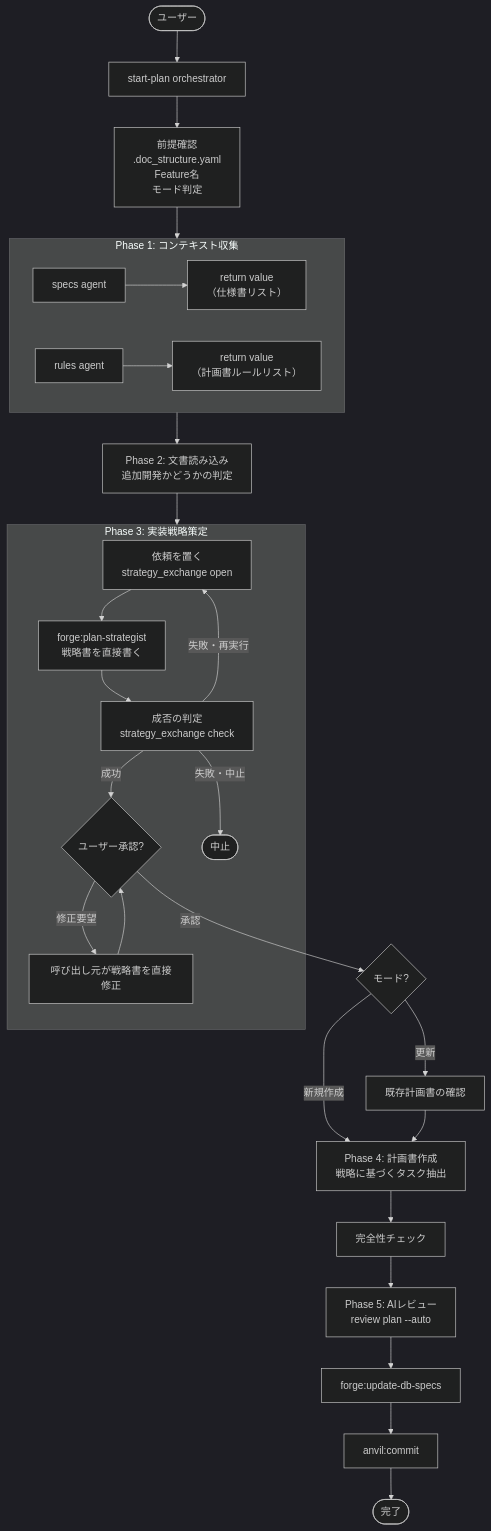
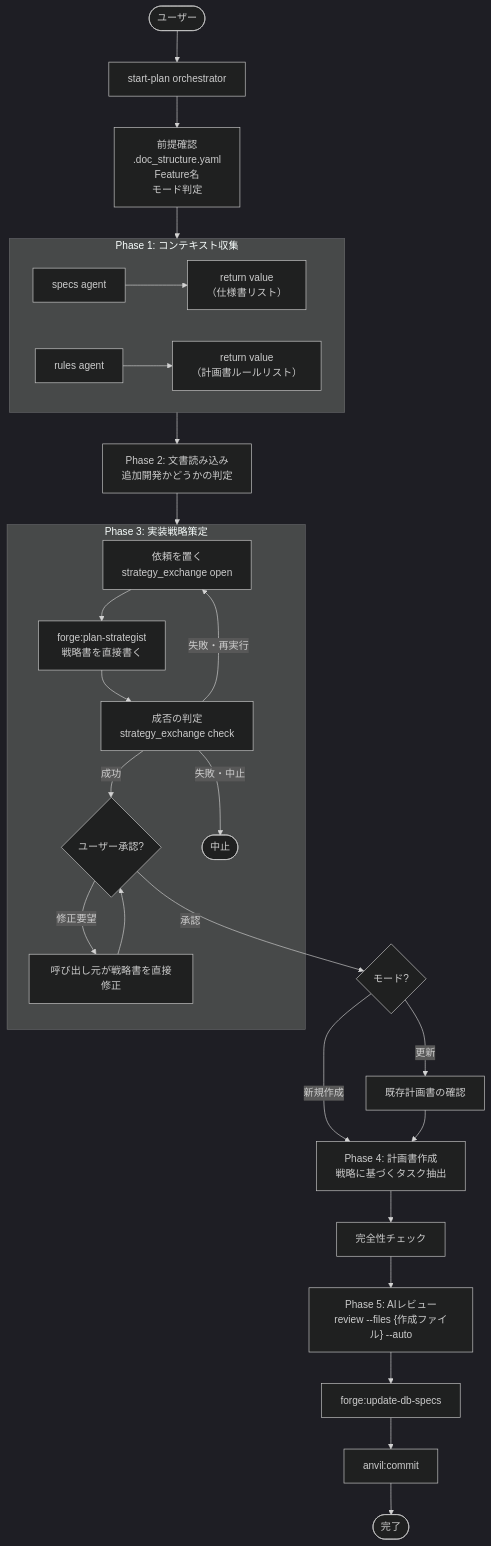
The diagram in docs/specs/forge/design/DES-019_create_plan_workflow_design.md (BlueEventHorizon/bw-cc-plugins), drawn with Mermaid (dark theme) before and after one commit. The commit also changed other lines of this file and 26 other files, not shown here.

````diff
--- a/docs/specs/forge/design/DES-019_create_plan_workflow_design.md
+++ b/docs/specs/forge/design/DES-019_create_plan_workflow_design.md
@@ -51,44 +51,44 @@
 ```mermaid
 flowchart TD
     User([ユーザー]) --> ORCHESTRATOR["start-plan orchestrator"]
 
     ORCHESTRATOR --> PREREQ["前提確認<br>.doc_structure.yaml<br>Feature名<br>モード判定"]
 
     PREREQ --> CONTEXT
 
     subgraph CONTEXT["Phase 1: コンテキスト収集"]
         A1["specs agent"] --> RV_SPECS["return value<br>（仕様書リスト）"]
         A2["rules agent"] --> RV_RULES["return value<br>（計画書ルールリスト）"]
     end
 
     CONTEXT --> READ["Phase 2: 文書読み込み<br>追加開発かどうかの判定"]
 
     READ --> STRATEGY_PHASE
 
     subgraph STRATEGY_PHASE["Phase 3: 実装戦略策定"]
         OPEN["依頼を置く<br>strategy_exchange open"] --> SA["forge:plan-strategist<br>戦略書を直接書く"]
         SA --> CHECK["成否の判定<br>strategy_exchange check"]
         CHECK -->|"成功"| APPROVAL{"ユーザー承認?"}
         CHECK -->|"失敗・再実行"| OPEN
         CHECK -->|"失敗・中止"| ABORT([中止])
         APPROVAL -->|"修正要望"| FIX["呼び出し元が戦略書を直接修正"]
         FIX --> APPROVAL
     end
 
     APPROVAL -->|"承認"| MODE_CHECK{モード?}
 
     MODE_CHECK -->|"新規作成"| CREATE
     MODE_CHECK -->|"更新"| UPDATE_CHECK
 
     UPDATE_CHECK["既存計画書の確認"] --> CREATE
 
     CREATE["Phase 4: 計画書作成<br>戦略に基づくタスク抽出"] --> QA["完全性チェック"]
 
-    QA --> AI_REVIEW["Phase 5: AIレビュー<br>review plan --auto"]
+    QA --> AI_REVIEW["Phase 5: AIレビュー<br>review --files {作成ファイル} --auto"]
 
     AI_REVIEW --> TOC["forge:update-db-specs"]
 
     TOC --> COMMIT["anvil:commit"]
 
     COMMIT --> DONE([完了])
 ```
````
